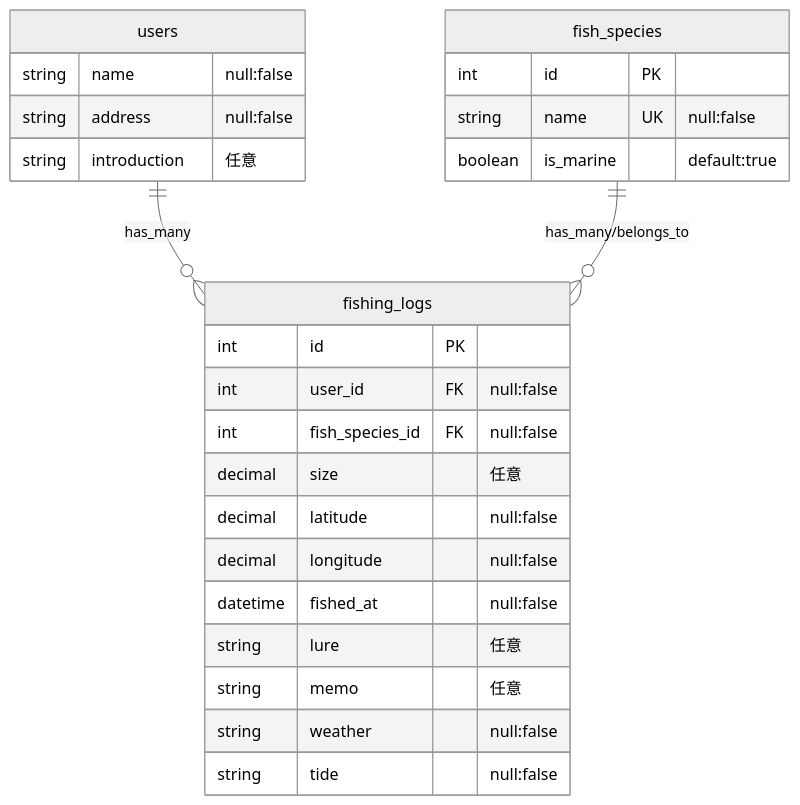
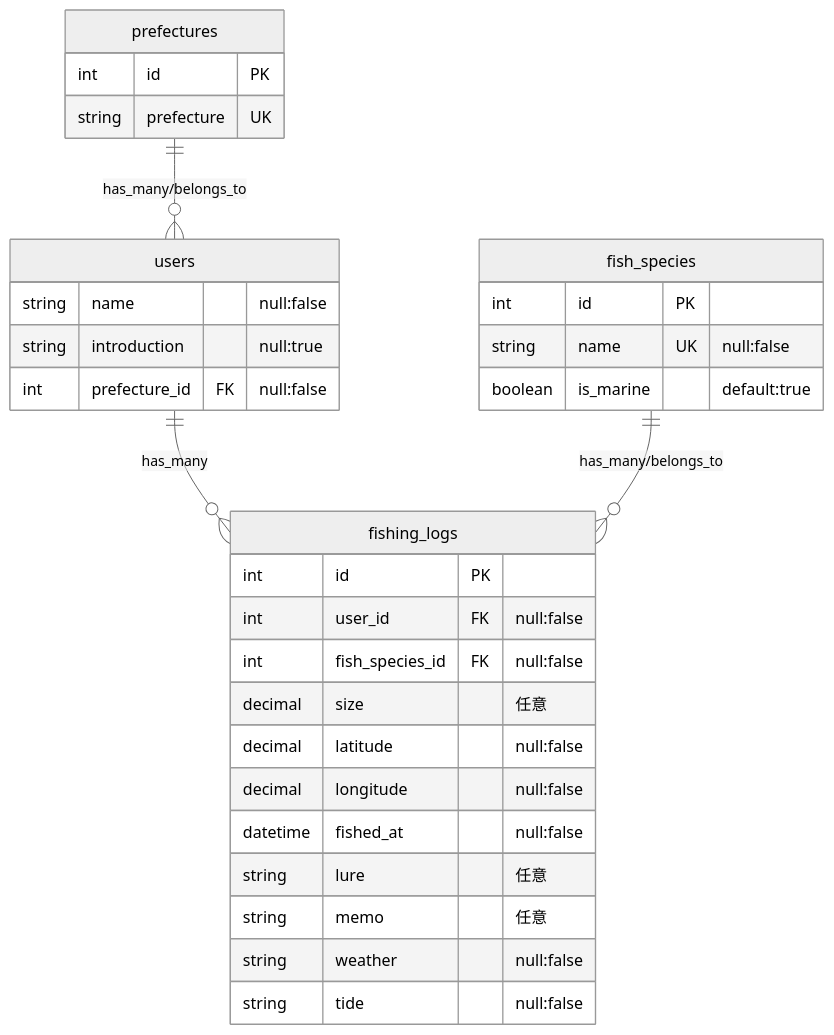
Before and after one commit to yusakumer/fishing_app: the diagram in README.md, drawn with Mermaid (neutral theme).

Commit message:
mermaid変更

````diff
--- a/README.md
+++ b/README.md
@@ -3,36 +3,42 @@
 ```mermaid
 erDiagram
 
 users ||--o{ fishing_logs : "has_many"
+prefectures ||--o{ users : "has_many/belongs_to"
 
 fish_species ||--o{fishing_logs : "has_many/belongs_to"
 
 
 users {
     string name "null:false"
-    string address　"null:false"
-    string introduction　"任意"
+    string introduction "null:true"
+    int prefecture_id FK "null:false"
 }
 
 fishing_logs {
     int id PK
     int user_id FK "null:false"
     int fish_species_id FK "null:false"
     decimal size "任意"
     decimal latitude  "null:false"
     decimal longitude "null:false"
     datetime fished_at "null:false"
     string lure "任意"
     string memo　"任意"
     string weather　"null:false"
     string tide "null:false"
 }
 
 fish_species {
     int id PK
     string name UK "null:false"
     boolean is_marine "default:true"
 }
 
+prefectures {
+    int id PK
+    string prefecture UK
+}
+
 
 ```
````
